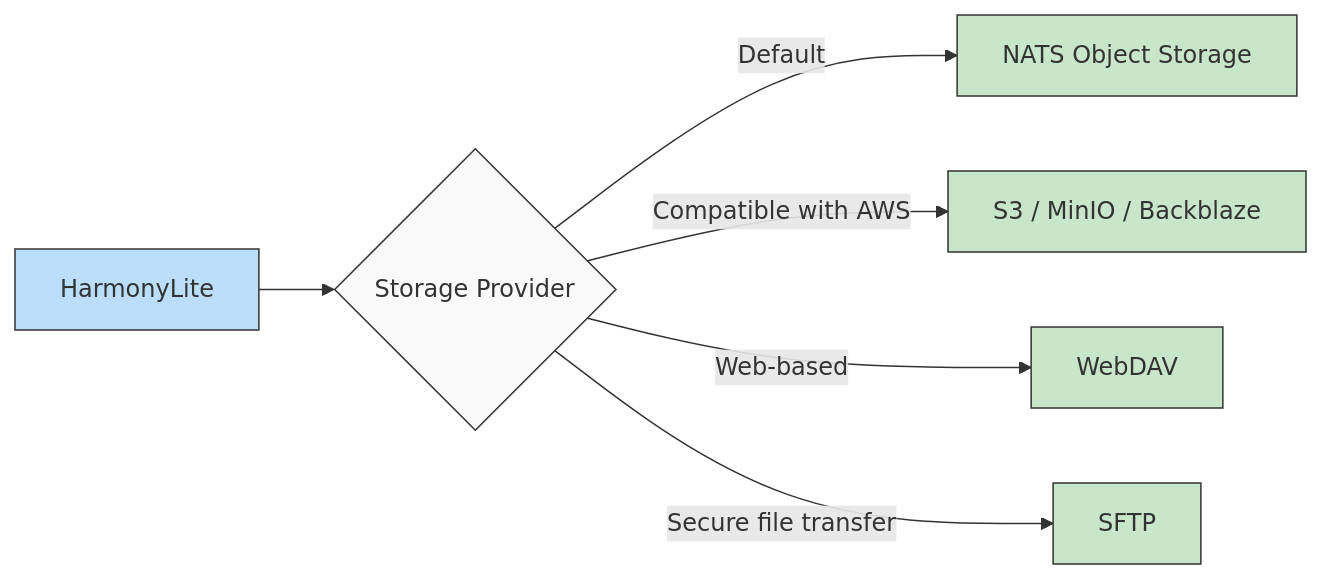
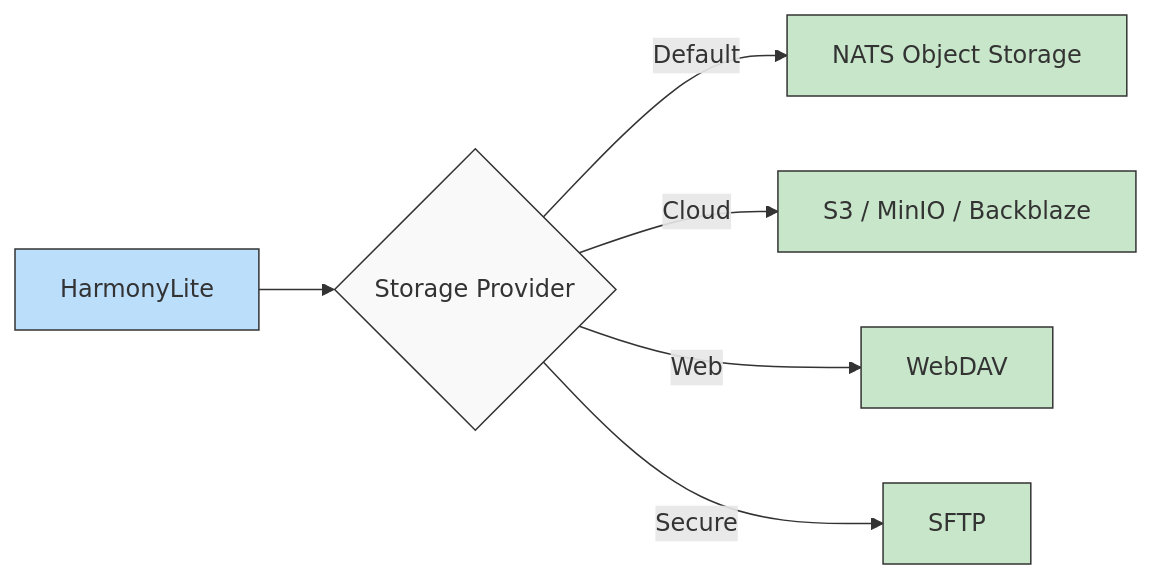
Before and after one commit to wongfei2009/harmonylite: the sixth of 7 diagrams in docs/docs/internals.md, drawn with Mermaid. The commit also changed other lines of this file, not shown here.

````diff
--- a/docs/docs/internals.md
+++ b/docs/docs/internals.md
@@ -251,16 +266,16 @@
 ```mermaid
 flowchart LR
     HarmonyLite[HarmonyLite] --> Storage{Storage Provider}
     Storage -->|Default| NATS[NATS Object Storage]
-    Storage -->|Compatible with AWS| S3[S3 / MinIO / Backblaze]
-    Storage -->|Web-based| WebDAV[WebDAV]
-    Storage -->|Secure file transfer| SFTP[SFTP]
+    Storage -->|Cloud| S3[S3 / MinIO / Backblaze]
+    Storage -->|Web| WebDAV[WebDAV]
+    Storage -->|Secure| SFTP[SFTP]
     
     classDef default fill:#f9f9f9,stroke:#333,stroke-width:1px
     classDef primary fill:#bbdefb,stroke:#333,stroke-width:1px
     classDef provider fill:#c8e6c9,stroke:#333,stroke-width:1px
     
     class HarmonyLite primary
     class Storage default
     class NATS,S3,WebDAV,SFTP provider
 ```
````
